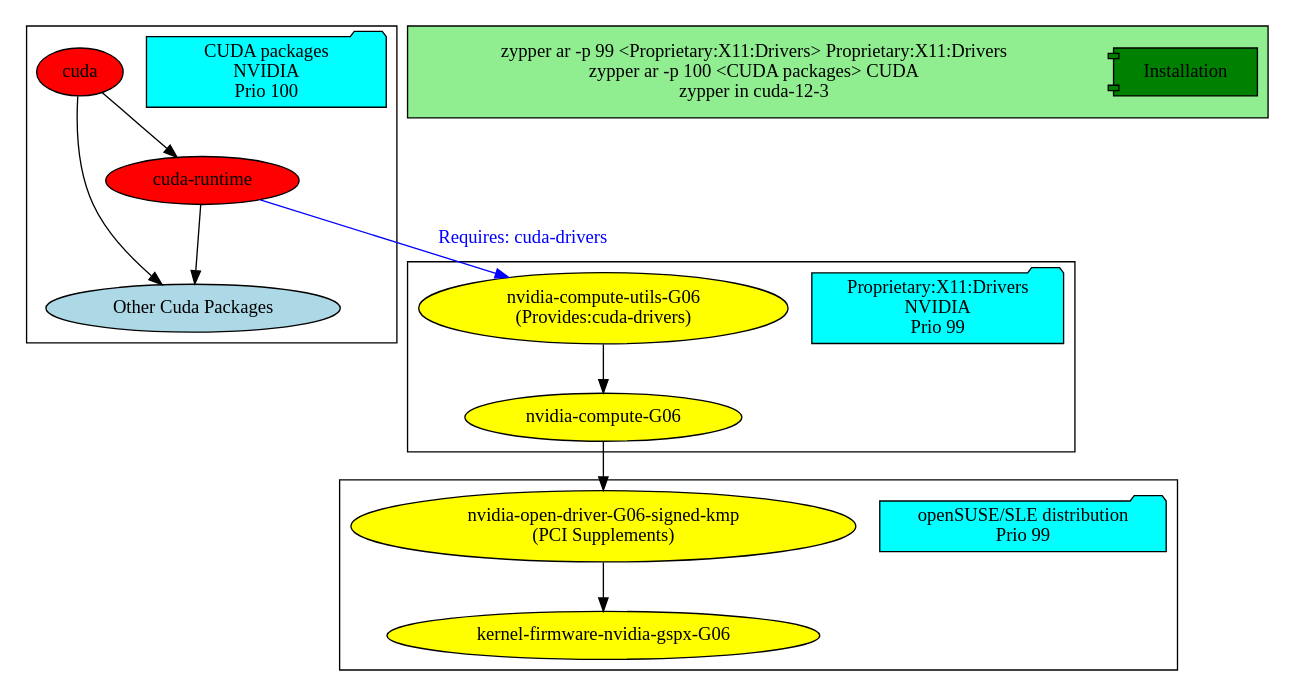
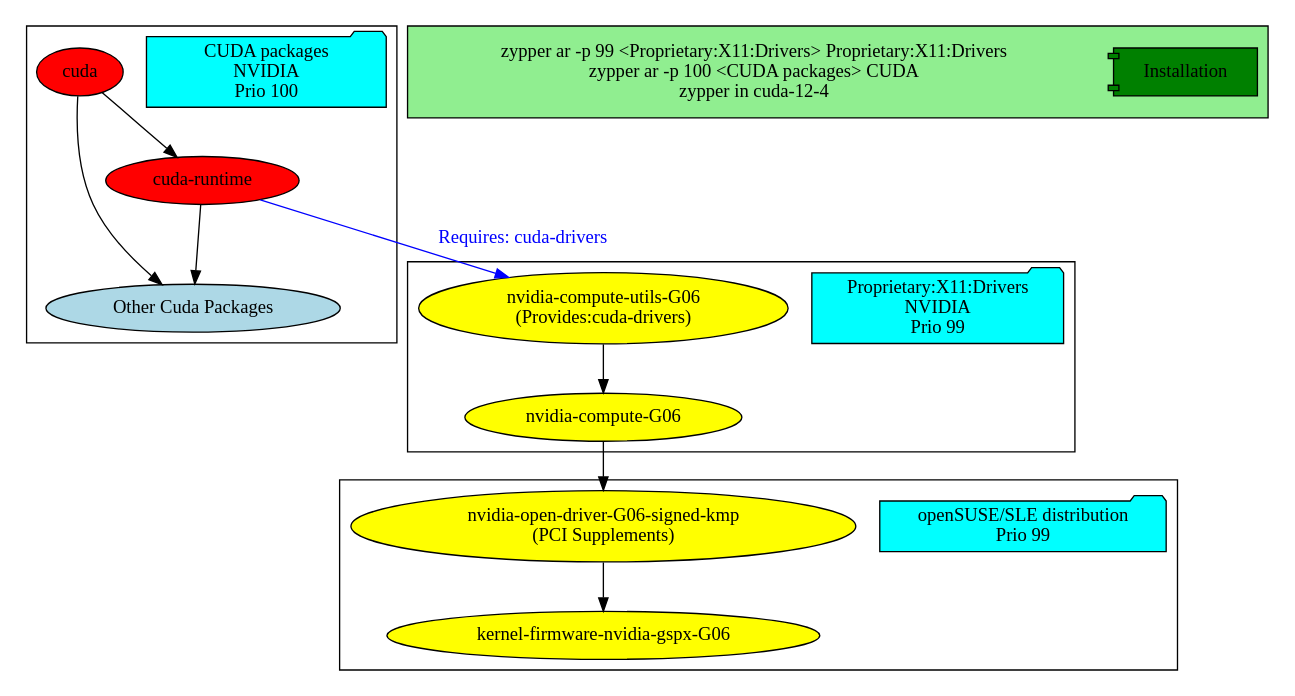
One commit to sndirsch/sndirsch.github.io changed the diagram in assets/src/2022-06-07-nvidia-opengpu/repos.dot. Above: the diagram before and after it, drawn with Graphviz. The commit also changed 6 other files, not shown here.

```diff
--- a/assets/src/2022-06-07-nvidia-opengpu/repos.dot
+++ b/assets/src/2022-06-07-nvidia-opengpu/repos.dot
@@ -1,30 +1,30 @@
 digraph {
 	subgraph cluster_0 {
 		repo_nvidia_cuda[fillcolor=aqua,style=filled,width=2.5,shape=folder,label="CUDA packages\nNVIDIA\n Prio 100"]
 		cuda [fillcolor=red,style=filled] 
 		cuda_runtime [fillcolor=red,style=filled,label="cuda-runtime"]
 		cuda_other_packages[fillcolor=lightblue,style=filled,label="Other Cuda Packages"]
 	}
 	subgraph cluster_1 {
 		repo_nvidia_gfx[fillcolor=aqua,style=filled,width=2.5,shape=folder,label="Proprietary:X11:Drivers\nNVIDIA\n Prio 99"]
 		nvidia_compute_utils_G06[fillcolor=yellow,style=filled,label="nvidia-compute-utils-G06\n(Provides:cuda-drivers)"]
 		nvidia_compute_G06[fillcolor=yellow,style=filled,label="nvidia-compute-G06"]
 	}
 	subgraph cluster_2 {
 		repo_obs[fillcolor=aqua,style=filled,width=2.5,shape=folder,label="openSUSE/SLE distribution\n Prio 99"]
 		nvidia_open_driver_G06_signed_kmp[fillcolor=yellow,style=filled,label="nvidia-open-driver-G06-signed-kmp\n(PCI Supplements)"]
 		kernel_firmware_nvidia_gspx_G06[fillcolor=yellow,style=filled,label="kernel-firmware-nvidia-gspx-G06"]
 	}
 	subgraph cluster_3 {
 		bgcolor="lightgreen"
 		repo_install[fillcolor=green,style=filled,width=1.5,shape=component,label="Installation"]
-		command1[shape=none,width=7,label="zypper ar -p 99 <Proprietary:X11:Drivers> Proprietary:X11:Drivers\nzypper ar -p 100 <CUDA packages> CUDA\nzypper in cuda-12-3"]
+		command1[shape=none,width=7,label="zypper ar -p 99 <Proprietary:X11:Drivers> Proprietary:X11:Drivers\nzypper ar -p 100 <CUDA packages> CUDA\nzypper in cuda-12-4"]
 	}
 	cuda -> cuda_runtime
 	cuda -> cuda_other_packages
 	cuda_runtime -> nvidia_compute_utils_G06 [color="blue",fontcolor="blue",label="Requires: cuda-drivers"]
 	nvidia_compute_utils_G06 -> nvidia_compute_G06
 	cuda_runtime -> cuda_other_packages
         nvidia_compute_G06 -> nvidia_open_driver_G06_signed_kmp
 	nvidia_open_driver_G06_signed_kmp -> kernel_firmware_nvidia_gspx_G06
 }
```
